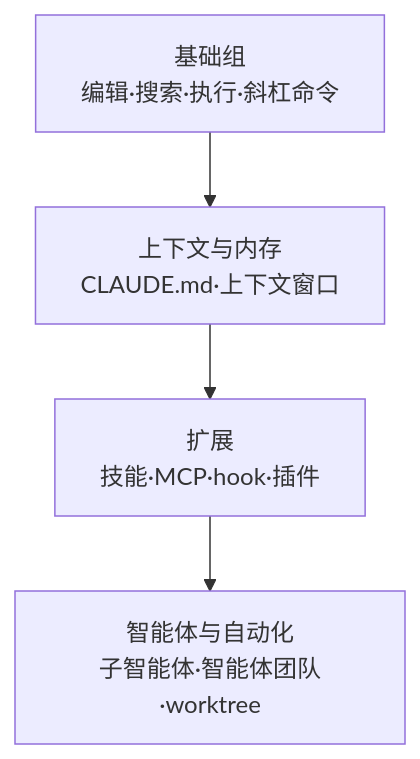
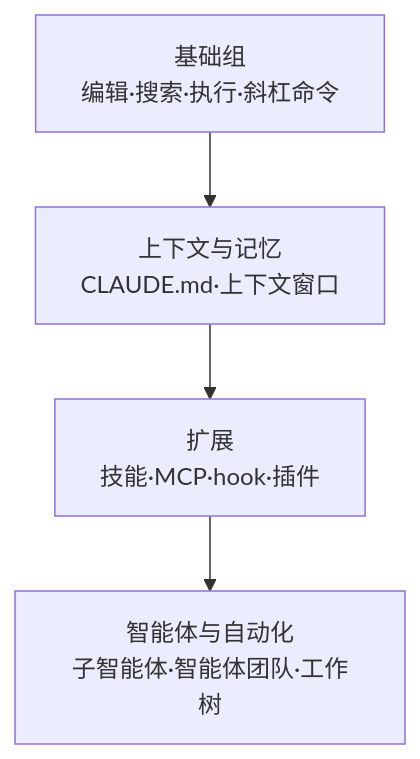
One commit to modu-ai/moai-adk changed the diagram in docs-site/content/zh/claude-code/foundations/features-overview.md. Above: the diagram before and after it, drawn with Mermaid. The commit also changed other lines of this file and 395 other files, not shown here.

````diff
--- a/docs-site/content/zh/claude-code/foundations/features-overview.md
+++ b/docs-site/content/zh/claude-code/foundations/features-overview.md
@@ -93,6 +93,6 @@
 ```mermaid
 flowchart TD
-    A[基础组<br>编辑·搜索·执行·斜杠命令] --> B[上下文与内存<br>CLAUDE.md·上下文窗口]
+    A[基础组<br>编辑·搜索·执行·斜杠命令] --> B[上下文与记忆<br>CLAUDE.md·上下文窗口]
     B --> C[扩展<br>技能·MCP·hook·插件]
-    C --> D[智能体与自动化<br>子智能体·智能体团队·worktree]
+    C --> D[智能体与自动化<br>子智能体·智能体团队·工作树]
 ```
````
